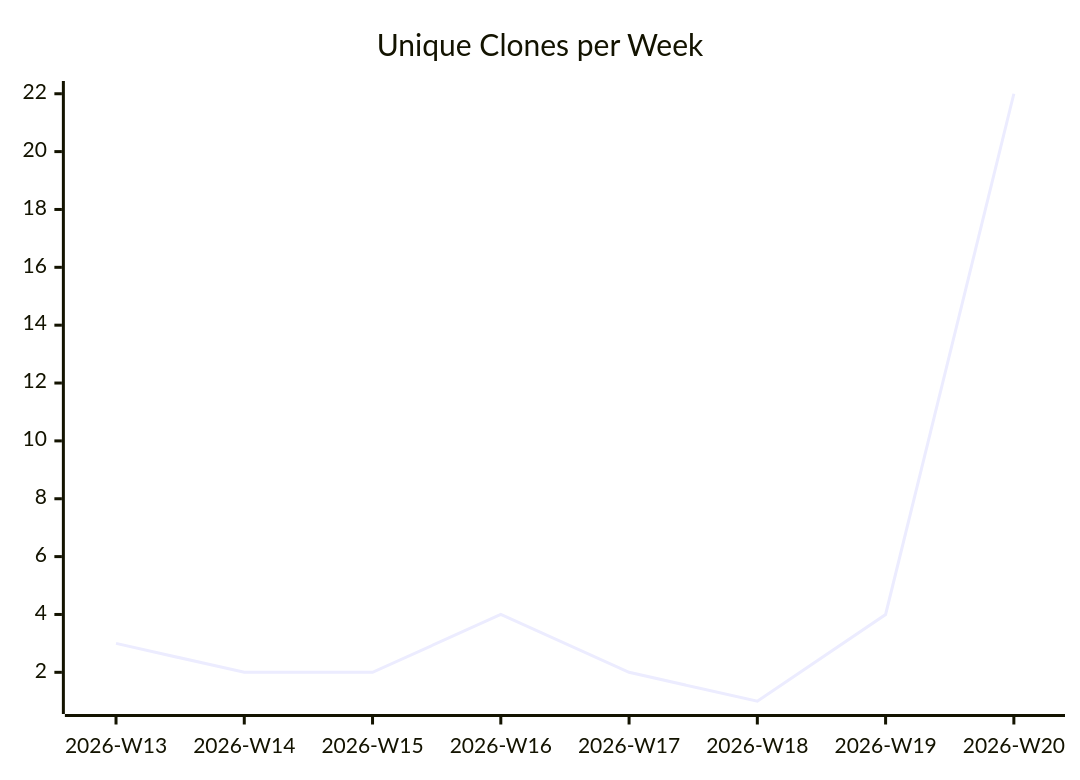
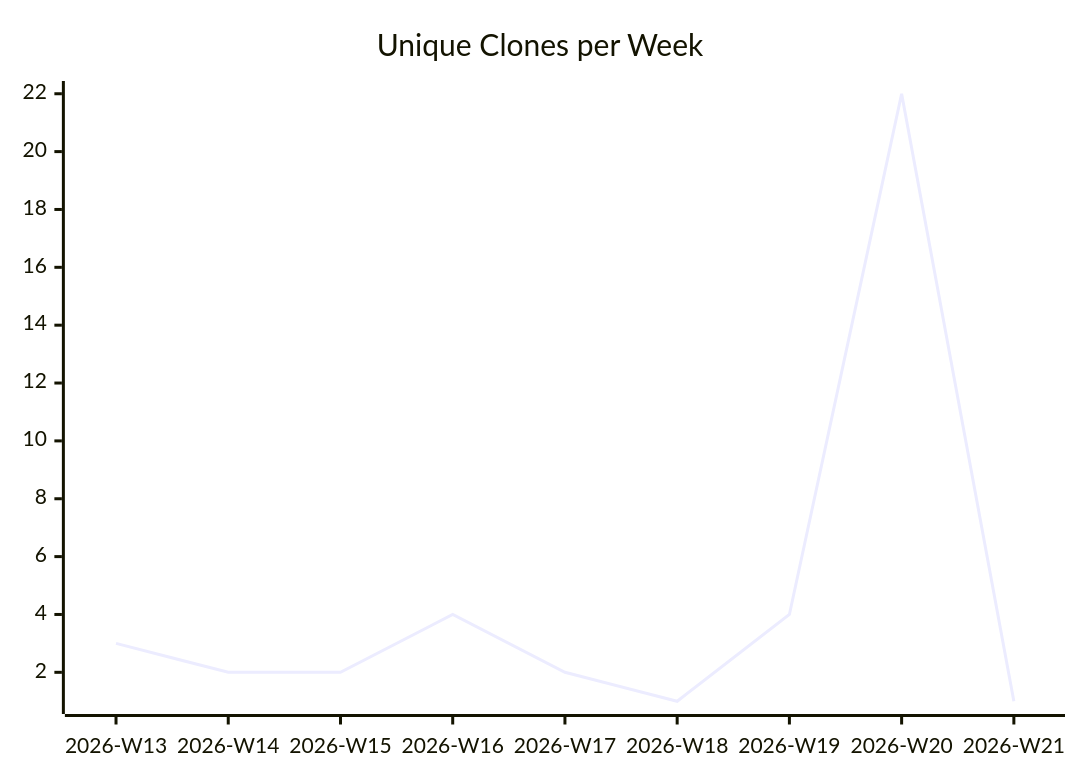
Before and after one commit to justdavis-family/github-analytics-data: the third of 3 diagrams in karlmdavis/ansible-role-rcm-dotfiles/README.md, drawn with Mermaid. The commit also changed other lines of this file and 189 other files, not shown here.

````diff
--- a/karlmdavis/ansible-role-rcm-dotfiles/README.md
+++ b/karlmdavis/ansible-role-rcm-dotfiles/README.md
@@ -19,6 +19,6 @@
 ```mermaid
 xychart-beta
   title "Unique Clones per Week"
-  x-axis ["2026-W13", "2026-W14", "2026-W15", "2026-W16", "2026-W17", "2026-W18", "2026-W19", "2026-W20"]
-  line [3, 2, 2, 4, 2, 1, 4, 22]
+  x-axis ["2026-W13", "2026-W14", "2026-W15", "2026-W16", "2026-W17", "2026-W18", "2026-W19", "2026-W20", "2026-W21"]
+  line [3, 2, 2, 4, 2, 1, 4, 22, 1]
 ```
````
